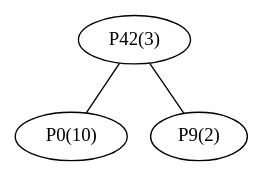
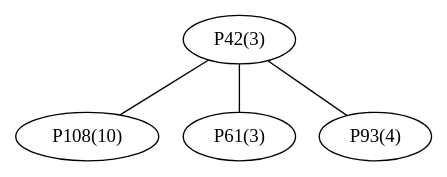
One commit to afkpost/P2PN_2014 changed the diagram in files/P42/graph_P42.dot. Above: the diagram before and after it, drawn with Graphviz. The commit also changed 110 other files, not shown here.

```diff
--- a/files/P42/graph_P42.dot
+++ b/files/P42/graph_P42.dot
@@ -1,7 +1,9 @@
 graph network {
 	"P42(3)";
-	"P0(10)";
-	"P9(2)";
-	"P42(3)" -- "P0(10)";
-	"P42(3)" -- "P9(2)";
+	"P108(10)";
+	"P61(3)";
+	"P93(4)";
+	"P42(3)" -- "P108(10)";
+	"P42(3)" -- "P61(3)";
+	"P42(3)" -- "P93(4)";
 }
```
